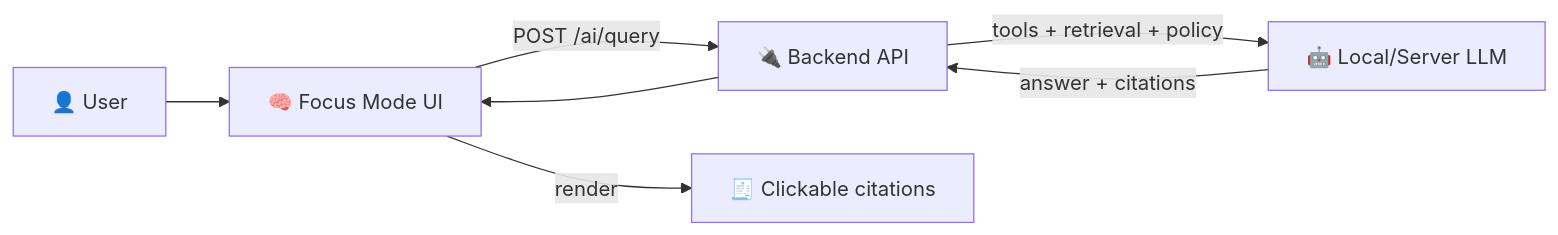
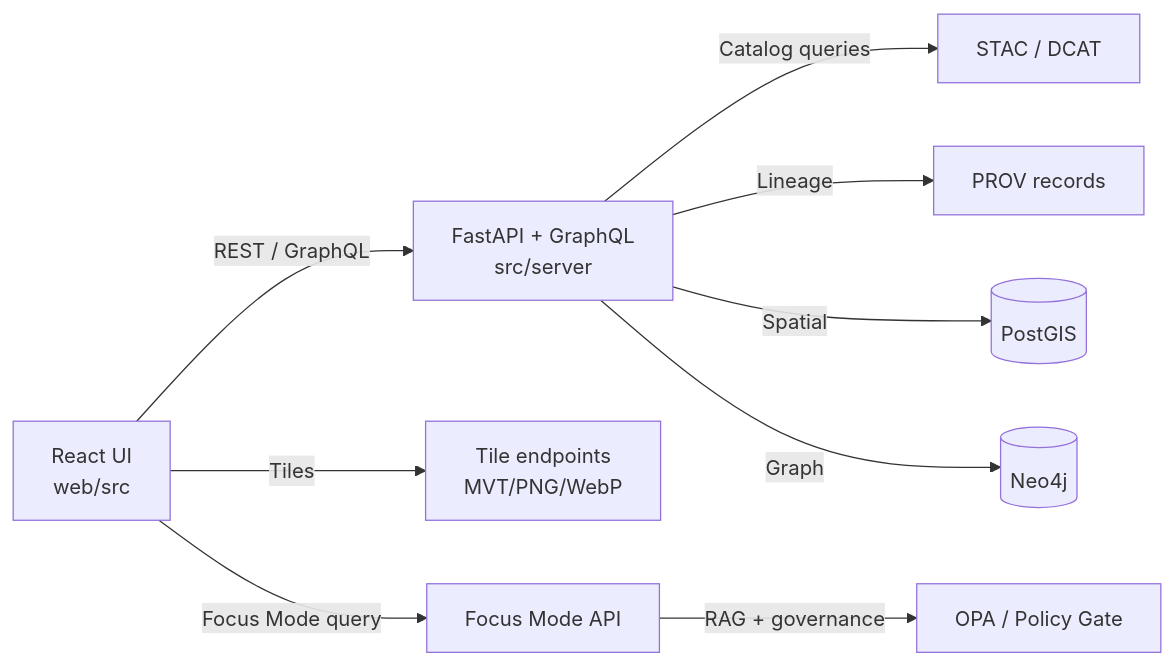
One commit to bartytime4life/Kansas-Frontier-Matrix changed the diagram in web/src/README.md. Above: the diagram before and after it, drawn with Mermaid. The commit also changed other lines of this file, not shown here.

````diff
--- a/web/src/README.md
+++ b/web/src/README.md
@@ -62,9 +103,11 @@
 ```mermaid
 flowchart LR
-  User[👤 User] --> Chat[🧠 Focus Mode UI]
-  Chat -->|POST /ai/query| API[🔌 Backend API]
-  API -->|tools + retrieval + policy| AI[🤖 Local/Server LLM]
-  AI -->|answer + citations| API
-  API --> Chat
-  Chat -->|render| Citations[🧾 Clickable citations]
+  UI[React UI<br/>web/src] -->|REST / GraphQL| API[FastAPI + GraphQL<br/>src/server]
+  API -->|Catalog queries| CATALOG[STAC / DCAT]
+  API -->|Lineage| PROV[PROV records]
+  API -->|Spatial| POSTGIS[(PostGIS)]
+  API -->|Graph| NEO4J[(Neo4j)]
+  UI -->|Tiles| TILES[Tile endpoints<br/>MVT/PNG/WebP]
+  UI -->|Focus Mode query| FM[Focus Mode API]
+  FM -->|RAG + governance| POLICY[OPA / Policy Gate]
 ```
````
